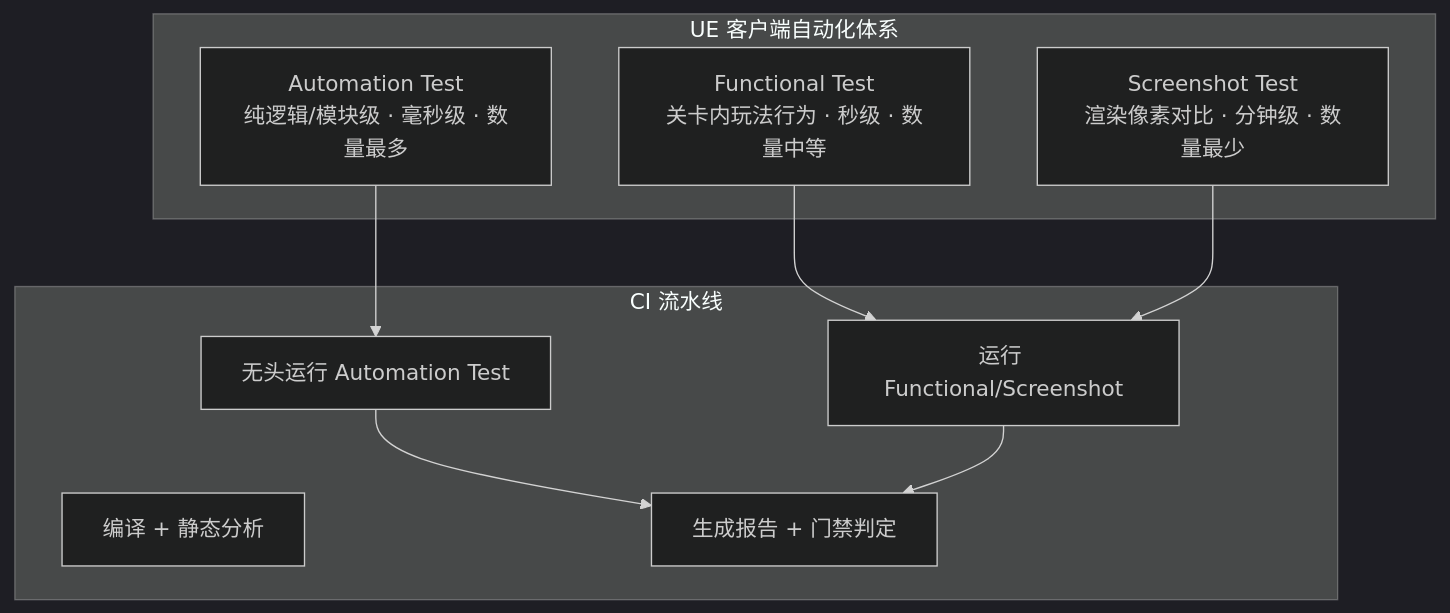
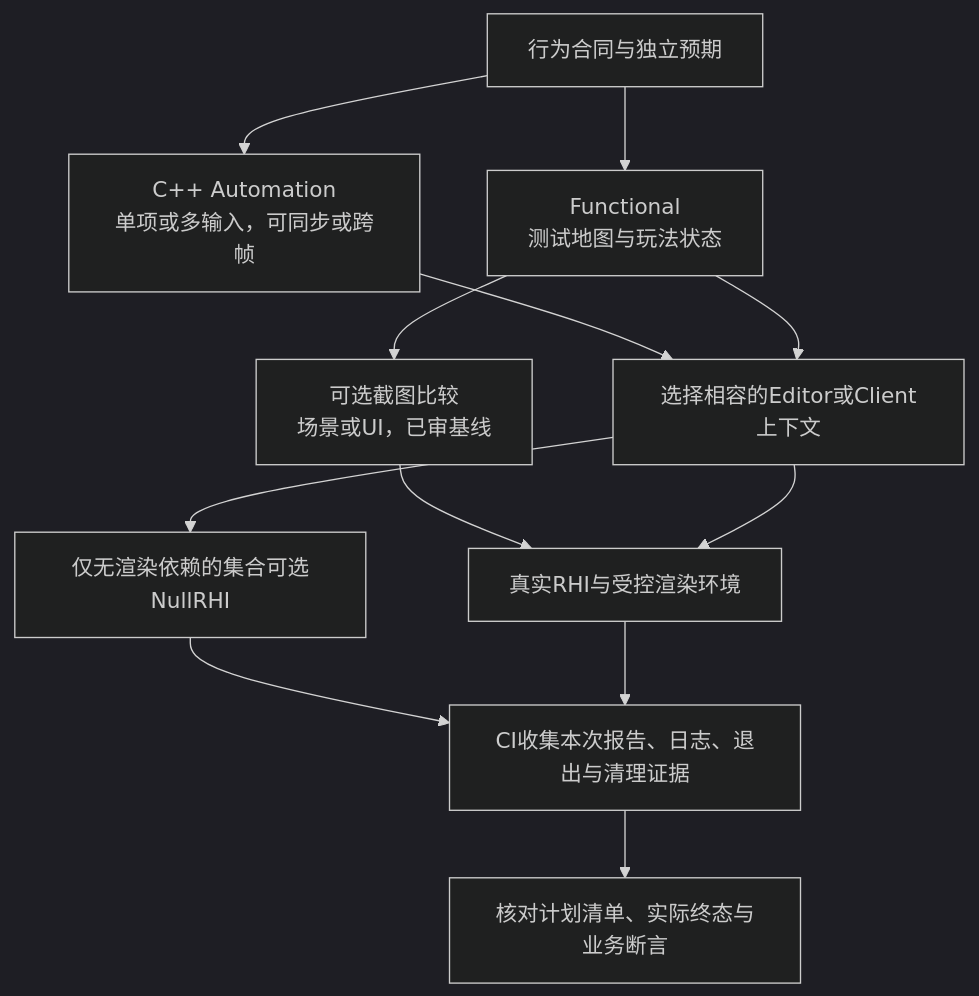
One commit to fantuan812/learning changed the first of 2 diagrams in 知识/08-工程实践与质量/测试策略与自动化/02-客户端自动化测试.md. Above: the diagram before and after it, drawn with Mermaid (dark theme). The commit also changed other lines of this file and 1 other file, not shown here.

Commit message:
纠正客户端自动化终态、截图基线与证据判定

````diff
--- a/知识/08-工程实践与质量/测试策略与自动化/02-客户端自动化测试.md
+++ b/知识/08-工程实践与质量/测试策略与自动化/02-客户端自动化测试.md
@@ -27,19 +75,14 @@
 ```mermaid
 flowchart TB
-    subgraph UE[UE 客户端自动化体系]
-        A[Automation Test<br/>纯逻辑/模块级 · 毫秒级 · 数量最多]
-        F[Functional Test<br/>关卡内玩法行为 · 秒级 · 数量中等]
-        S[Screenshot Test<br/>渲染像素对比 · 分钟级 · 数量最少]
-    end
-    subgraph CI[CI 流水线]
-        C1[编译 + 静态分析]
-        C2[无头运行 Automation Test]
-        C3[运行 Functional/Screenshot]
-        C4[生成报告 + 门禁判定]
-    end
-    A --> C2
-    F --> C3
-    S --> C3
-    C2 --> C4
-    C3 --> C4
+    D[行为合同与独立预期] --> A[C++ Automation<br/>单项或多输入，可同步或跨帧]
+    D --> F[Functional<br/>测试地图与玩法状态]
+    F --> S[可选截图比较<br/>场景或UI，已审基线]
+    A --> E[选择相容的Editor或Client上下文]
+    F --> E
+    S --> R[真实RHI与受控渲染环境]
+    E --> L[仅无渲染依赖的集合可选NullRHI]
+    E --> R
+    L --> C[CI收集本次报告、日志、退出与清理证据]
+    R --> C
+    C --> G[核对计划清单、实际终态与业务断言]
 ```
````
